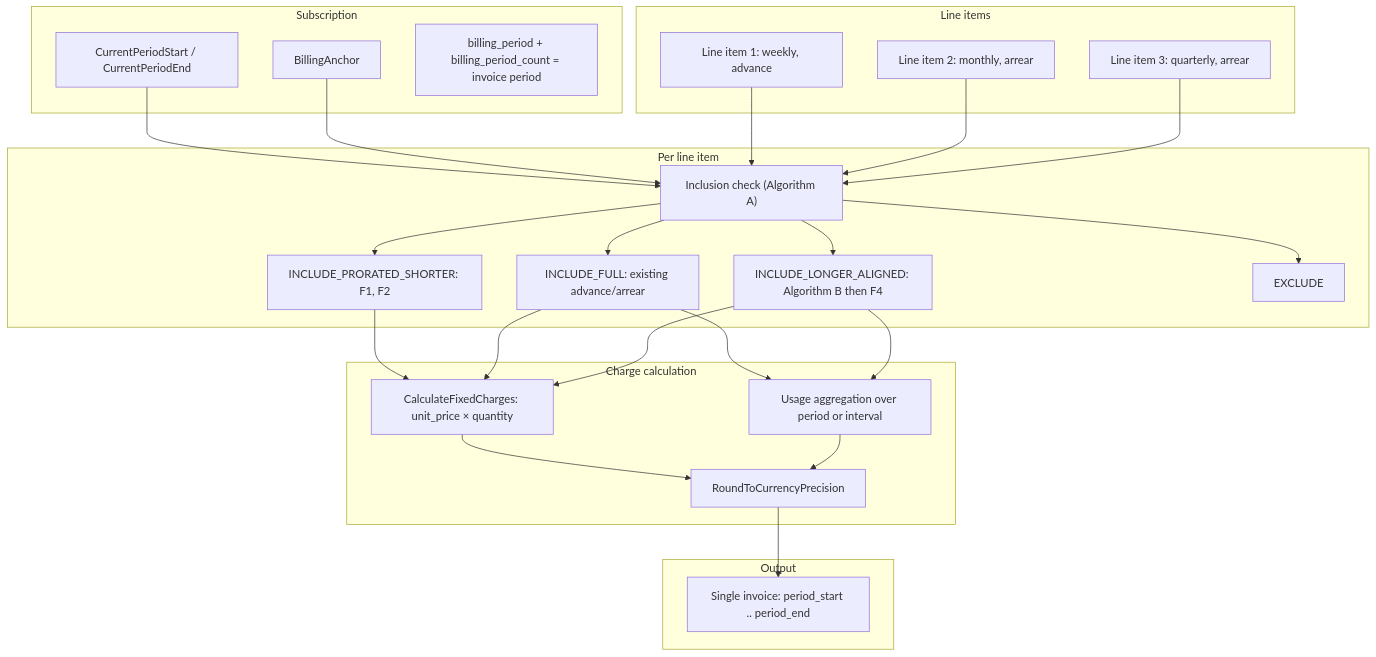
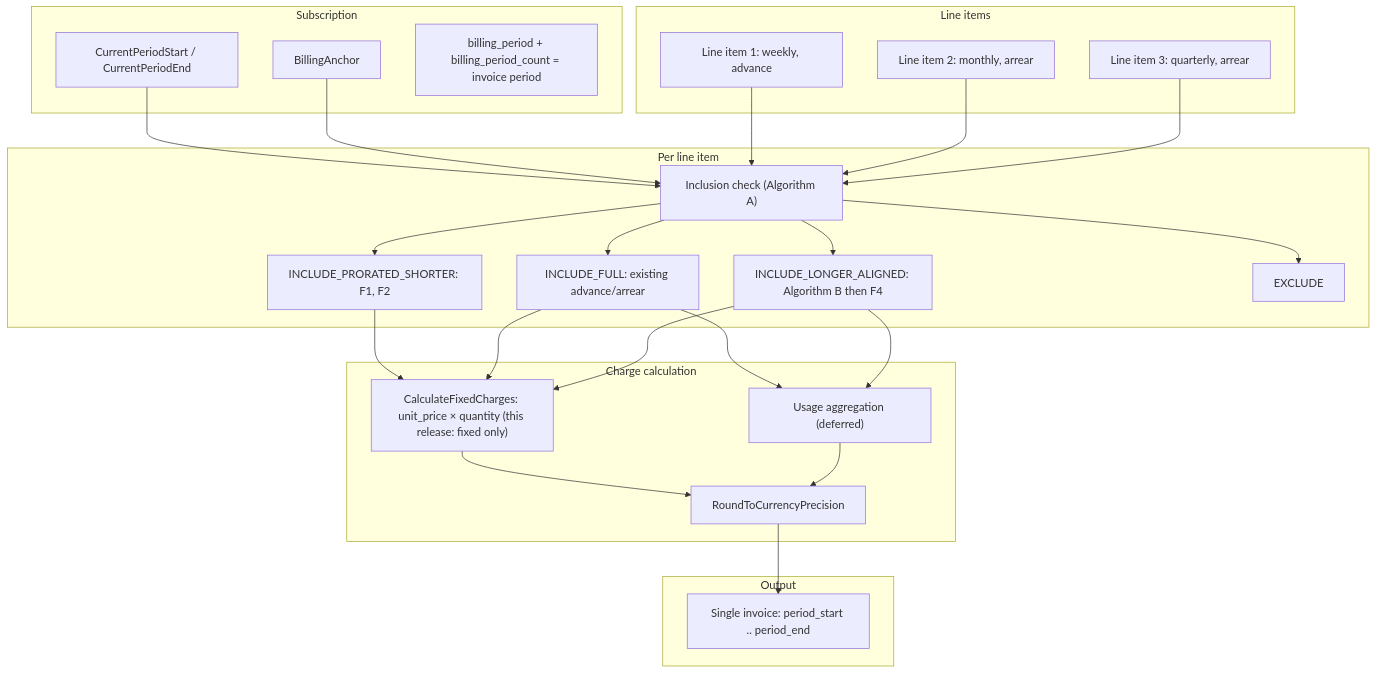
Before and after one commit to flexprice/flexprice: the first of 6 diagrams in docs/prds/mixed-interval-billing.md, drawn with Mermaid. The commit also changed other lines of this file, not shown here.

Commit message:
Clarify mixed-interval billing PRD to specify that invoice generation is limited to fixed line items only. Update scope definitions to reflect that usage line items remain unchanged and emphasize the focus on fixed charges for inclusion and proration logic.

````diff
--- a/docs/prds/mixed-interval-billing.md
+++ b/docs/prds/mixed-interval-billing.md
@@ -314,50 +318,50 @@
 ```mermaid
 flowchart TB
   subgraph sub [Subscription]
     SubPeriod["CurrentPeriodStart / CurrentPeriodEnd"]
     SubAnchor["BillingAnchor"]
     SubBP["billing_period + billing_period_count = invoice period"]
   end
 
   subgraph lineItems [Line items]
     LI1["Line item 1: weekly, advance"]
     LI2["Line item 2: monthly, arrear"]
     LI3["Line item 3: quarterly, arrear"]
   end
 
   subgraph decision [Per line item]
     IncludeCheck["Inclusion check (Algorithm A)"]
     Shorter["INCLUDE_PRORATED_SHORTER: F1, F2"]
     Equal["INCLUDE_FULL: existing advance/arrear"]
     Longer["INCLUDE_LONGER_ALIGNED: Algorithm B then F4"]
     Exclude["EXCLUDE"]
   end
 
   subgraph charge [Charge calculation]
-    FixedCharge["CalculateFixedCharges: unit_price × quantity"]
-    UsageCharge["Usage aggregation over period or interval"]
+    FixedCharge["CalculateFixedCharges: unit_price × quantity (this release: fixed only)"]
+    UsageCharge["Usage aggregation (deferred)"]
     Round["RoundToCurrencyPrecision"]
   end
 
   subgraph invoice [Output]
     Inv["Single invoice: period_start .. period_end"]
   end
 
   SubPeriod --> IncludeCheck
   SubAnchor --> IncludeCheck
   LI1 --> IncludeCheck
   LI2 --> IncludeCheck
   LI3 --> IncludeCheck
   IncludeCheck --> Shorter
   IncludeCheck --> Equal
   IncludeCheck --> Longer
   IncludeCheck --> Exclude
   Shorter --> FixedCharge
   Equal --> FixedCharge
   Equal --> UsageCharge
   Longer --> FixedCharge
   Longer --> UsageCharge
   FixedCharge --> Round
   UsageCharge --> Round
   Round --> Inv
 ```
````
